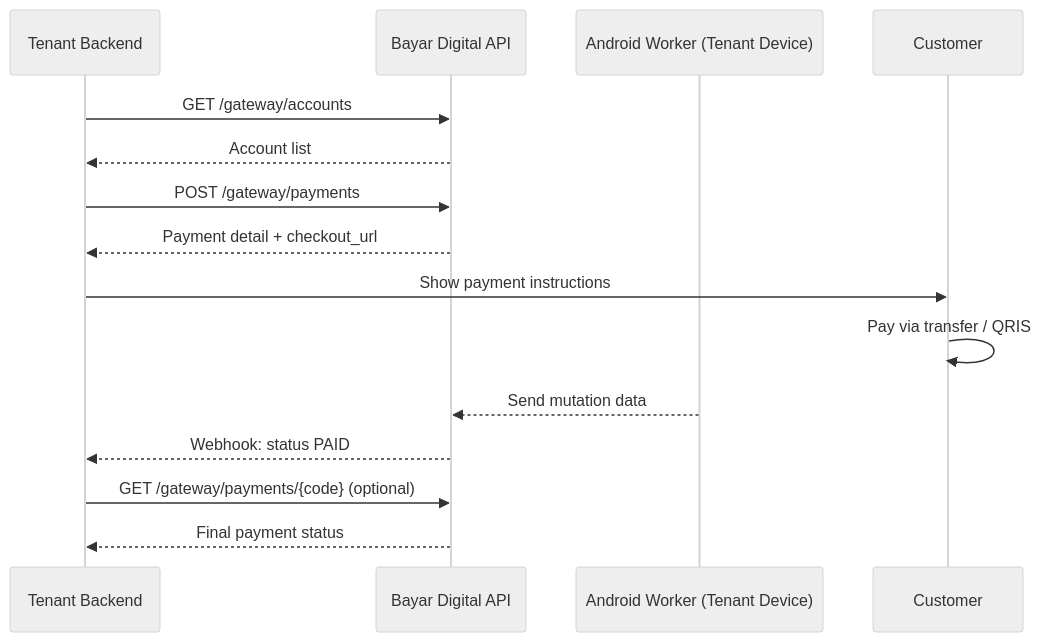
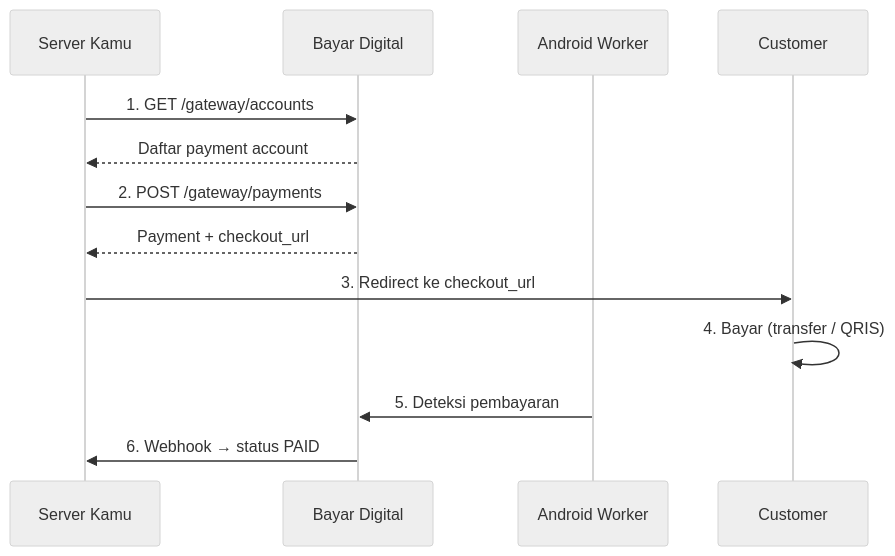
The diagram in docs/overview.md (rioanandaputra-bot/bayar.digital-docs), drawn with Mermaid (neutral theme) before and after one commit. The commit also changed other lines of this file and 12 other files, not shown here.

````diff
--- a/docs/overview.md
+++ b/docs/overview.md
@@ -38,18 +19,16 @@
 ```mermaid
 sequenceDiagram
-    participant Tenant as Tenant Backend
-    participant API as Bayar Digital API
-    participant Worker as Android Worker (Tenant Device)
-    participant Customer
+    participant T as Server Kamu
+    participant API as Bayar Digital
+    participant W as Android Worker
+    participant C as Customer
 
-    Tenant->>API: GET /gateway/accounts
-    API-->>Tenant: Account list
-    Tenant->>API: POST /gateway/payments
-    API-->>Tenant: Payment detail + checkout_url
-    Tenant->>Customer: Show payment instructions
-    Customer->>Customer: Pay via transfer / QRIS
-    Worker-->>API: Send mutation data
-    API-->>Tenant: Webhook: status PAID
-    Tenant->>API: GET /gateway/payments/{code} (optional)
-    API-->>Tenant: Final payment status
+    T->>API: 1. GET /gateway/accounts
+    API-->>T: Daftar payment account
+    T->>API: 2. POST /gateway/payments
+    API-->>T: Payment + checkout_url
+    T->>C: 3. Redirect ke checkout_url
+    C->>C: 4. Bayar (transfer / QRIS)
+    W->>API: 5. Deteksi pembayaran
+    API->>T: 6. Webhook → status PAID
 ```
````
